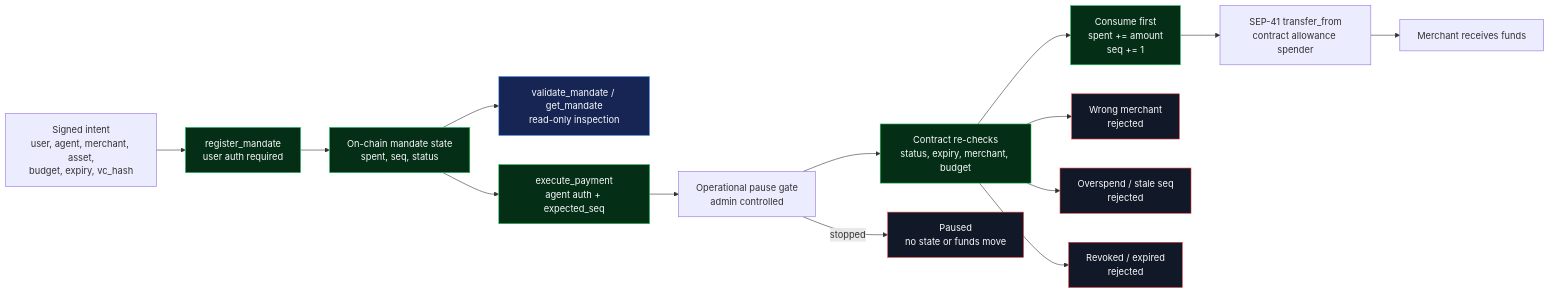
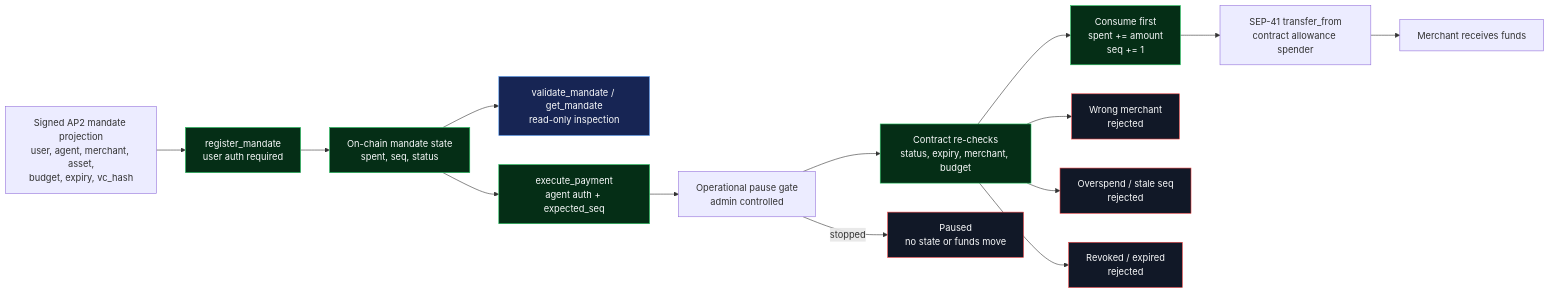
One commit to reapp-protocol/reapp-protocol-contracts changed the second of 5 diagrams in contracts/simple/README.md. Above: the diagram before and after it, drawn with Mermaid. The commit also changed other lines of this file and 32 other files, not shown here.

````diff
--- a/contracts/simple/README.md
+++ b/contracts/simple/README.md
@@ -64,32 +102,32 @@
 ```mermaid
 flowchart LR
-    Intent["Signed intent\nuser, agent, merchant, asset,\nbudget, expiry, vc_hash"]
+    Intent["Signed AP2 mandate projection\nuser, agent, merchant, asset,\nbudget, expiry, vc_hash"]
     Register["register_mandate\nuser auth required"]
     State["On-chain mandate state\nspent, seq, status"]
     Read["validate_mandate / get_mandate\nread-only inspection"]
     Execute["execute_payment\nagent auth + expected_seq"]
     Pause["Operational pause gate\nadmin controlled"]
     Recheck["Contract re-checks\nstatus, expiry, merchant, budget"]
     Consume["Consume first\nspent += amount\nseq += 1"]
     Transfer["SEP-41 transfer_from\ncontract allowance spender"]
     Merchant["Merchant receives funds"]
     Stop1["Wrong merchant\nrejected"]
     Stop2["Overspend / stale seq\nrejected"]
     Stop3["Revoked / expired\nrejected"]
     Stop4["Paused\nno state or funds move"]
 
     Intent --> Register --> State
     State --> Read
     State --> Execute --> Pause --> Recheck --> Consume --> Transfer --> Merchant
     Pause -->|"stopped"| Stop4
     Recheck --> Stop1
     Recheck --> Stop2
     Recheck --> Stop3
 
     classDef wall fill:#111827,stroke:#ef4444,color:#f9fafb
     classDef core fill:#052e16,stroke:#22c55e,color:#f9fafb
     classDef read fill:#172554,stroke:#60a5fa,color:#f9fafb
     class Stop1,Stop2,Stop3,Stop4 wall
     class Register,State,Execute,Recheck,Consume core
     class Read read
 ```
````
